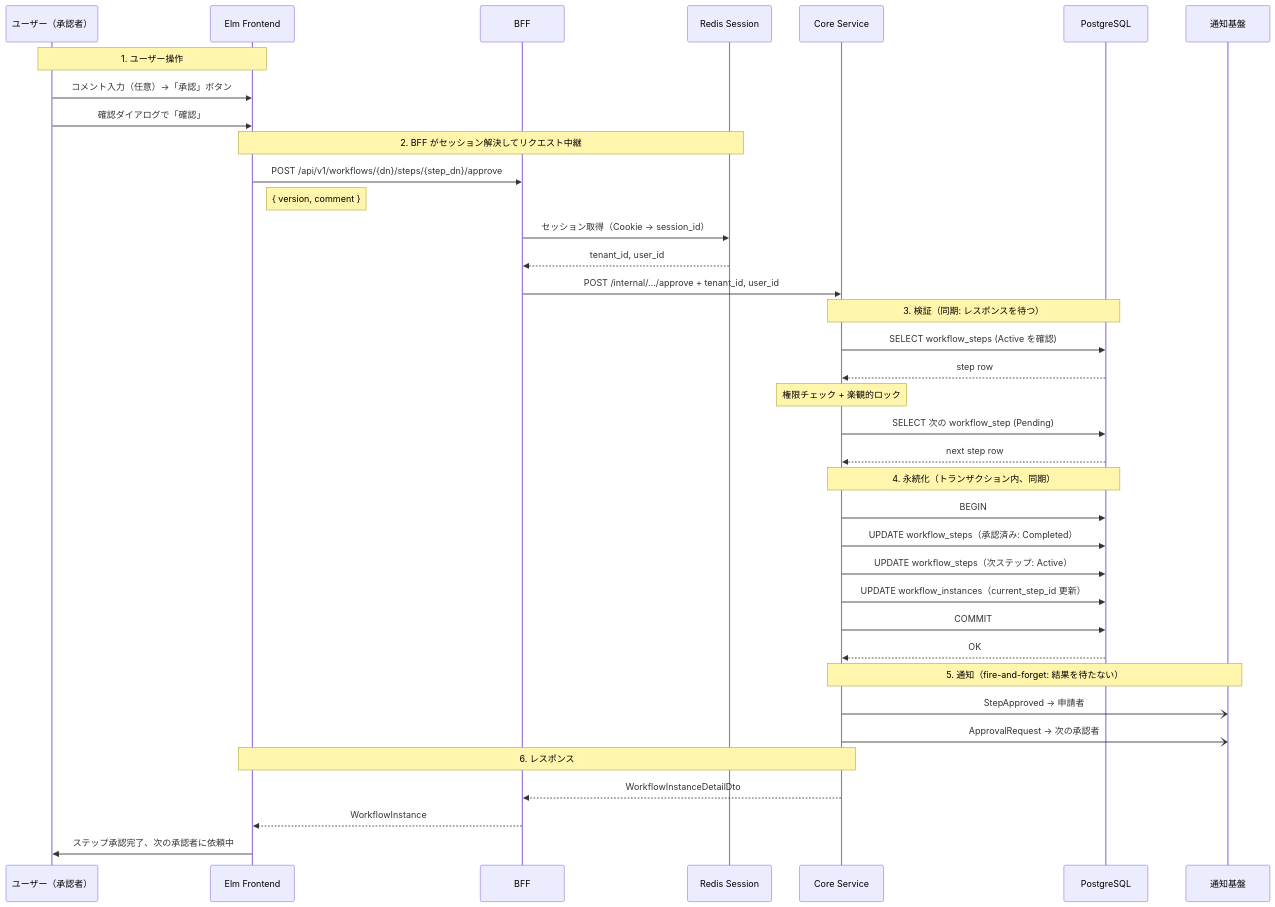
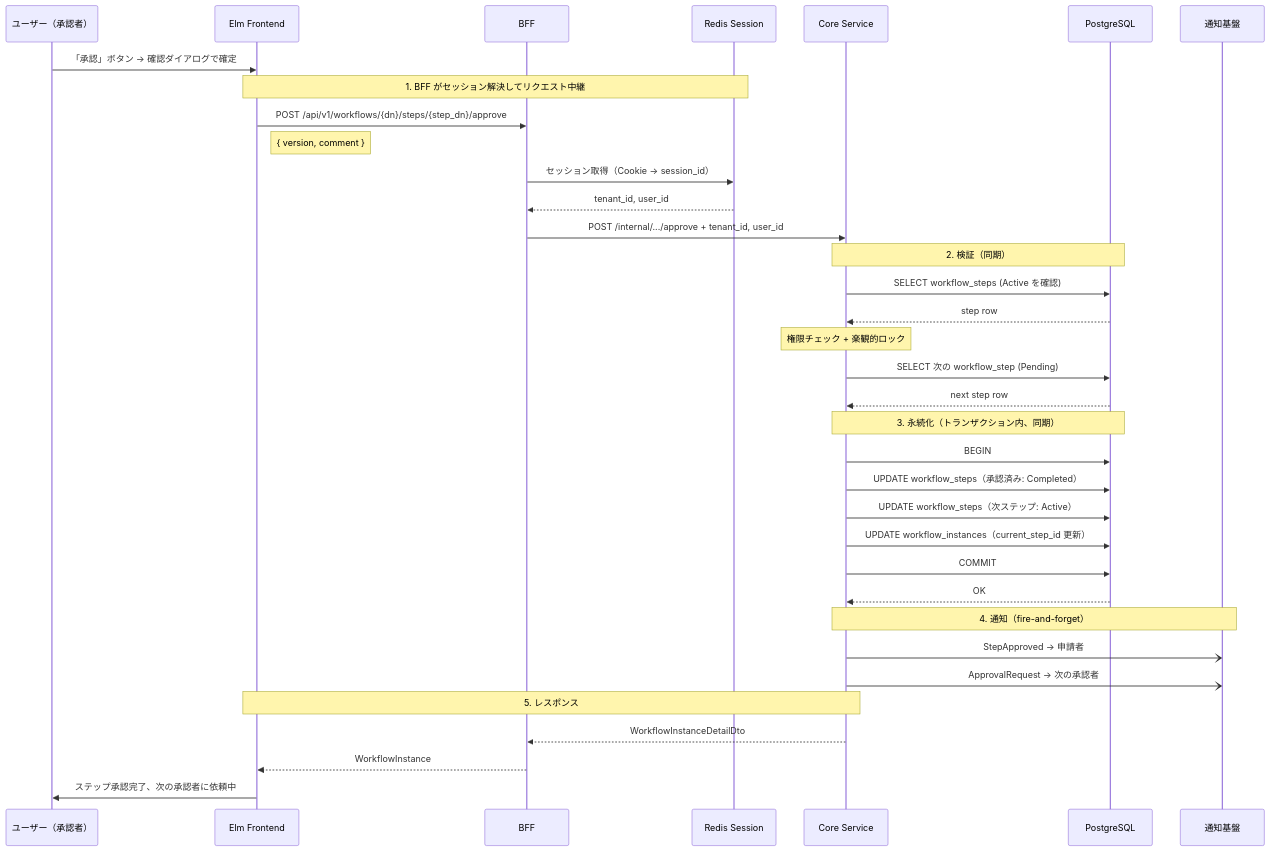
One commit to ka2kama/ringiflow changed the first of 6 diagrams in docs/90_実装解説/ワークフロー/02_承認・却下フロー.md. Above: the diagram before and after it, drawn with Mermaid. The commit also changed other lines of this file and 1 other file, not shown here.

````diff
--- a/docs/90_実装解説/ワークフロー/02_承認・却下フロー.md
+++ b/docs/90_実装解説/ワークフロー/02_承認・却下フロー.md
@@ -14,45 +14,43 @@
 ```mermaid
 sequenceDiagram
     participant U as ユーザー（承認者）
     participant Elm as Elm Frontend
     participant BFF as BFF
     participant Redis as Redis Session
     participant Core as Core Service
     participant DB as PostgreSQL
     participant Notify as 通知基盤
 
-    Note over U, Elm: 1. ユーザー操作
-    U->>Elm: コメント入力（任意）→「承認」ボタン
-    U->>Elm: 確認ダイアログで「確認」
+    U->>Elm: 「承認」ボタン → 確認ダイアログで確定
 
-    Note over Elm, Redis: 2. BFF がセッション解決してリクエスト中継
+    Note over Elm, Redis: 1. BFF がセッション解決してリクエスト中継
     Elm->>BFF: POST /api/v1/workflows/{dn}/steps/{step_dn}/approve
     Note right of Elm: { version, comment }
     BFF->>Redis: セッション取得（Cookie → session_id）
     Redis-->>BFF: tenant_id, user_id
     BFF->>Core: POST /internal/.../approve + tenant_id, user_id
 
-    Note over Core, DB: 3. 検証（同期: レスポンスを待つ）
+    Note over Core, DB: 2. 検証（同期）
     Core->>DB: SELECT workflow_steps (Active を確認)
     DB-->>Core: step row
     Note over Core: 権限チェック + 楽観的ロック
     Core->>DB: SELECT 次の workflow_step (Pending)
     DB-->>Core: next step row
 
-    Note over Core, DB: 4. 永続化（トランザクション内、同期）
+    Note over Core, DB: 3. 永続化（トランザクション内、同期）
     Core->>DB: BEGIN
     Core->>DB: UPDATE workflow_steps（承認済み: Completed）
     Core->>DB: UPDATE workflow_steps（次ステップ: Active）
     Core->>DB: UPDATE workflow_instances（current_step_id 更新）
     Core->>DB: COMMIT
     DB-->>Core: OK
 
-    Note over Core, Notify: 5. 通知（fire-and-forget: 結果を待たない）
+    Note over Core, Notify: 4. 通知（fire-and-forget）
     Core-)Notify: StepApproved → 申請者
     Core-)Notify: ApprovalRequest → 次の承認者
 
-    Note over Core, Elm: 6. レスポンス
+    Note over Core, Elm: 5. レスポンス
     Core-->>BFF: WorkflowInstanceDetailDto
     BFF-->>Elm: WorkflowInstance
     Elm->>U: ステップ承認完了、次の承認者に依頼中
 ```
````
